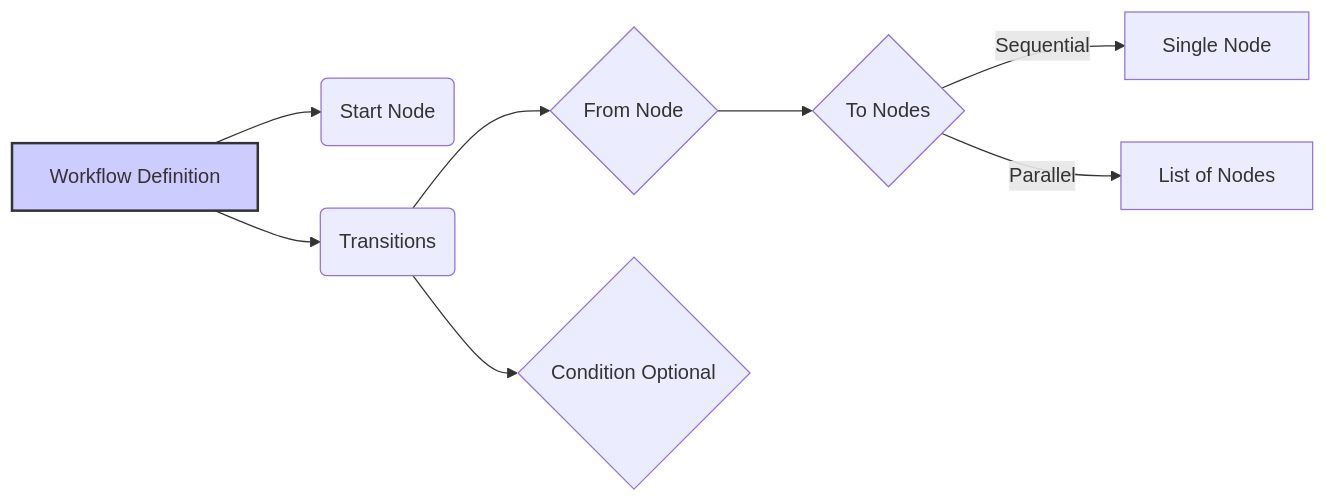
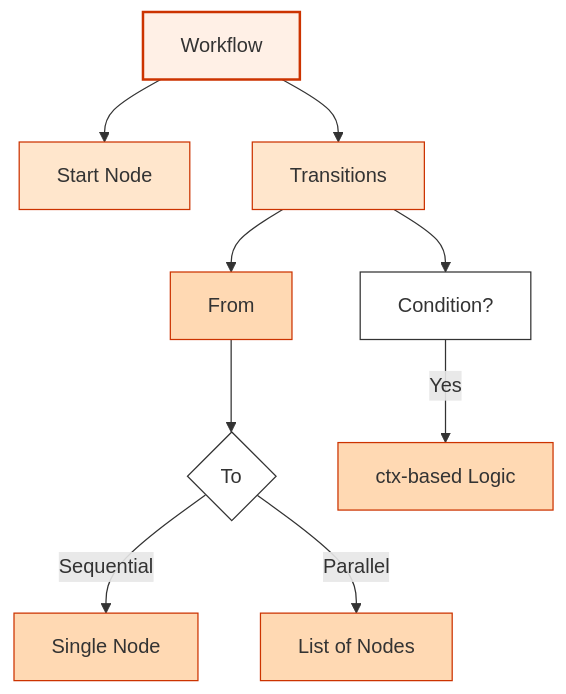
Before and after one commit to quantalogic/quantalogic: the fourth of 6 diagrams in quantalogic/flow/flow_yaml.md, drawn with Mermaid. The commit also changed other lines of this file, not shown here.

````diff
--- a/quantalogic/flow/flow_yaml.md
+++ b/quantalogic/flow/flow_yaml.md
@@ -264,11 +262,20 @@
 ```mermaid
-graph LR
-    A[Workflow Definition] --> B(Start Node);
-    A --> C(Transitions);
-    C --> D{From Node};
-    D --> E{To Nodes};
-    E -- Sequential --> F[Single Node];
-    E -- Parallel --> G[List of Nodes];
-    C --> H{Condition Optional};
-    style A fill:#ccf,stroke:#333,stroke-width:2px
+graph TD
+    A[Workflow] --> B[Start Node]
+    A --> C[Transitions]
+    C --> D[From]
+    D --> E{To}
+    E -->|Sequential| F[Single Node]
+    E -->|Parallel| G[List of Nodes]
+    C --> H[Condition?]
+    H -->|Yes| I[ctx-based Logic]
+    style A fill:#fff0e6,stroke:#cc3300,stroke-width:2px
+    style B fill:#ffe6cc,stroke:#cc3300
+    style C fill:#ffe6cc,stroke:#cc3300
+    style D fill:#ffd9b3,stroke:#cc3300
+    style E fill:#fff,stroke:#333
+    style F fill:#ffd9b3,stroke:#cc3300
+    style G fill:#ffd9b3,stroke:#cc3300
+    style H fill:#fff,stroke:#333
+    style I fill:#ffd9b3,stroke:#cc3300
 ```
````
